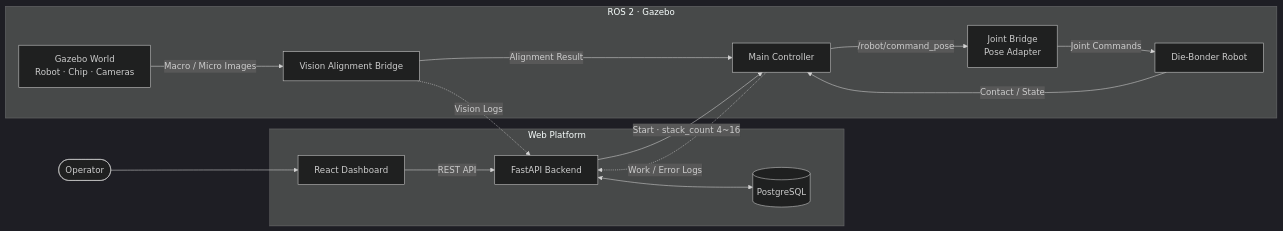
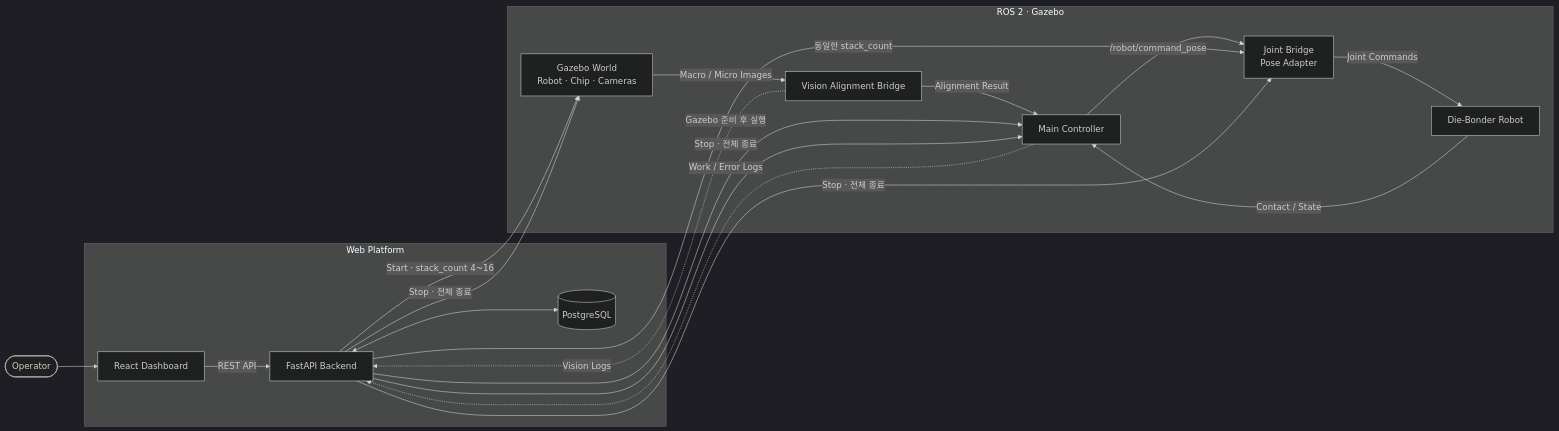
Before and after one commit to Tae-Geon-Kim/INHA-Ros2-Vision-Die-Bonder-Sim: the first of 2 diagrams in README.md, drawn with Mermaid (dark theme). The commit also changed other lines of this file and 12 other files, not shown here.

````diff
--- a/README.md
+++ b/README.md
@@ -88,27 +88,32 @@
 ```mermaid
 flowchart LR
     USER([Operator]) --> FE[React Dashboard]
 
     subgraph WEB[Web Platform]
         FE -->|REST API| BE[FastAPI Backend]
         BE <--> DB[(PostgreSQL)]
     end
 
     subgraph SIM[ROS 2 · Gazebo]
         GZ[Gazebo World<br/>Robot · Chip · Cameras]
         VB[Vision Alignment Bridge]
         MC[Main Controller]
         JB[Joint Bridge<br/>Pose Adapter]
         ROBOT[Die-Bonder Robot]
 
         GZ -->|Macro / Micro Images| VB
         VB -->|Alignment Result| MC
         MC -->|/robot/command_pose| JB
         JB -->|Joint Commands| ROBOT
         ROBOT -->|Contact / State| MC
     end
 
-    BE -->|Start · stack_count 4~16| MC
+    BE -->|Start · stack_count 4~16| GZ
+    BE -->|동일한 stack_count| JB
+    BE -->|Gazebo 준비 후 실행| MC
+    BE -->|Stop · 전체 종료| GZ
+    BE -->|Stop · 전체 종료| JB
+    BE -->|Stop · 전체 종료| MC
     VB -.->|Vision Logs| BE
     MC -.->|Work / Error Logs| BE
 ```
````
